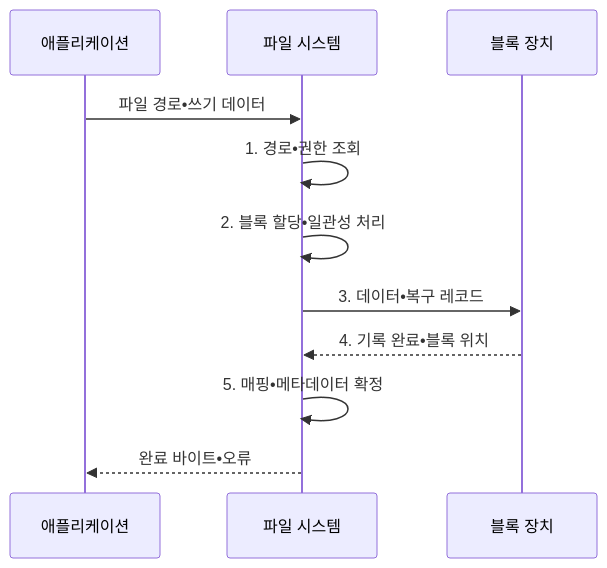
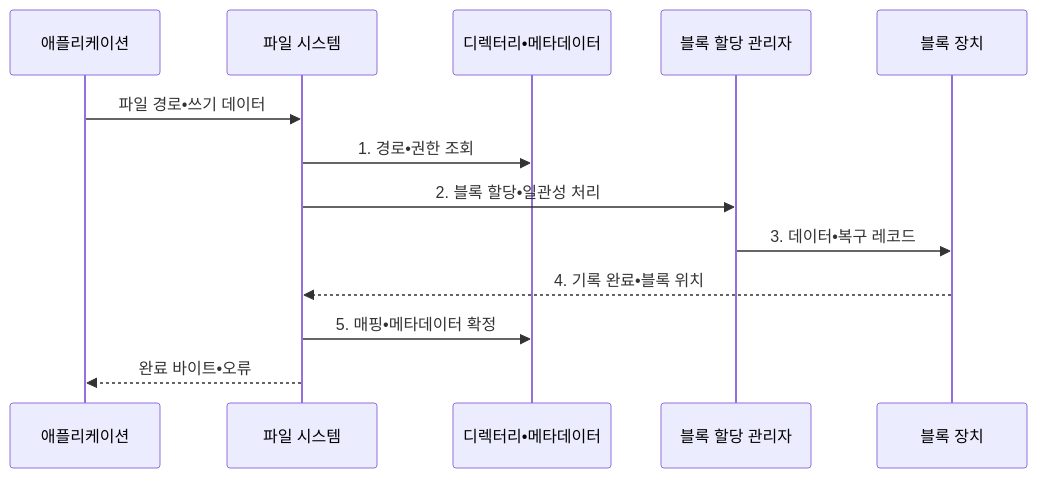
One commit to agnusdei1207/knowledge-base changed the second of 2 diagrams in src/content/docs/notes/03-software/020_file_system.md. Above: the diagram before and after it, drawn with Mermaid. The commit also changed other lines of this file and 12 other files, not shown here.

````diff
--- a/src/content/docs/notes/03-software/020_file_system.md
+++ b/src/content/docs/notes/03-software/020_file_system.md
@@ -104,13 +104,15 @@
 ```mermaid
 sequenceDiagram
     participant A as 애플리케이션
     participant F as 파일 시스템
+    participant M as 디렉터리•메타데이터
+    participant B as 블록 할당 관리자
     participant D as 블록 장치
     A->>F: 파일 경로•쓰기 데이터
-    F->>F: 1. 경로•권한 조회
-    F->>F: 2. 블록 할당•일관성 처리
-    F->>D: 3. 데이터•복구 레코드
+    F->>M: 1. 경로•권한 조회
+    F->>B: 2. 블록 할당•일관성 처리
+    B->>D: 3. 데이터•복구 레코드
     D-->>F: 4. 기록 완료•블록 위치
-    F->>F: 5. 매핑•메타데이터 확정
+    F->>M: 5. 매핑•메타데이터 확정
     F-->>A: 완료 바이트•오류
 ```
````
